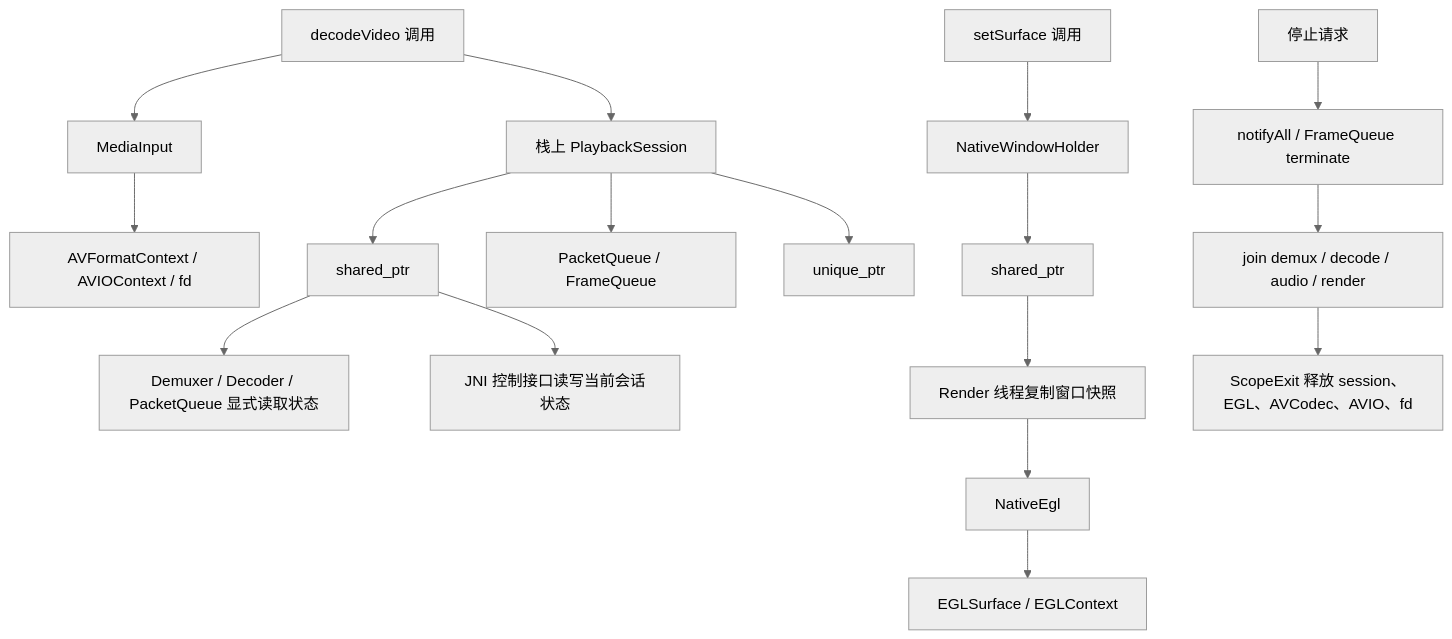
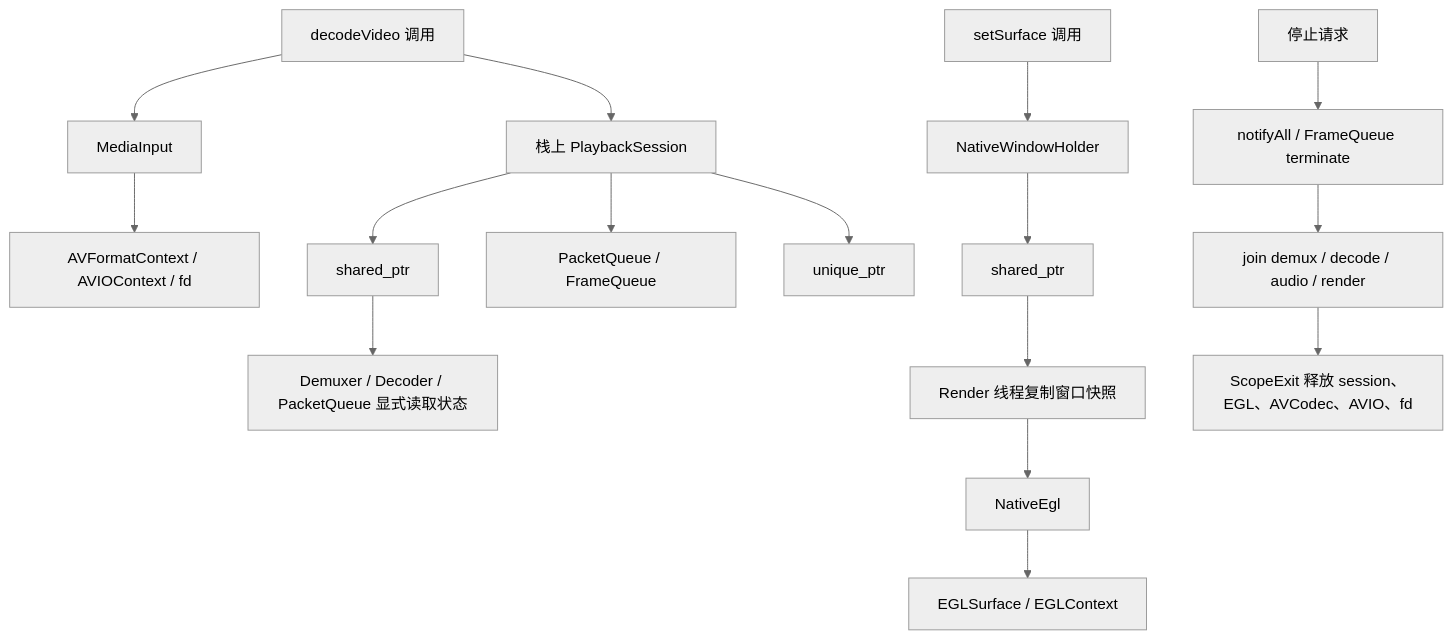
Before and after one commit to Skyline7190/VideoDecoder: the sixth of 6 diagrams in README.md, drawn with Mermaid (neutral theme). The commit also changed other lines of this file and 19 other files, not shown here.

````diff
--- a/README.md
+++ b/README.md
@@ -207,21 +332,20 @@
 ```mermaid
 flowchart TB
     DecodeCall["decodeVideo 调用"] --> LocalSession["栈上 PlaybackSession"]
     DecodeCall --> Input["MediaInput"]
     Input --> InputResource["AVFormatContext / AVIOContext / fd"]
     LocalSession --> State["shared_ptr<PlaybackState>"]
     LocalSession --> Queues["PacketQueue / FrameQueue"]
     LocalSession --> AudioPtr["unique_ptr<AudioRenderer>"]
     State --> DemuxerState["Demuxer / Decoder / PacketQueue 显式读取状态"]
-    State --> JniState["JNI 控制接口读写当前会话状态"]
 
     SurfaceCall["setSurface 调用"] --> WindowHolder["NativeWindowHolder"]
     WindowHolder --> SharedWindow["shared_ptr<ANativeWindow>"]
     SharedWindow --> RenderSnapshot["Render 线程复制窗口快照"]
     RenderSnapshot --> NativeEgl["NativeEgl"]
     NativeEgl --> EGLSurface["EGLSurface / EGLContext"]
 
     Stop["停止请求"] --> Wake["notifyAll / FrameQueue terminate"]
     Wake --> Join["join demux / decode / audio / render"]
     Join --> Cleanup["ScopeExit 释放 session、EGL、AVCodec、AVIO、fd"]
 ```
````
